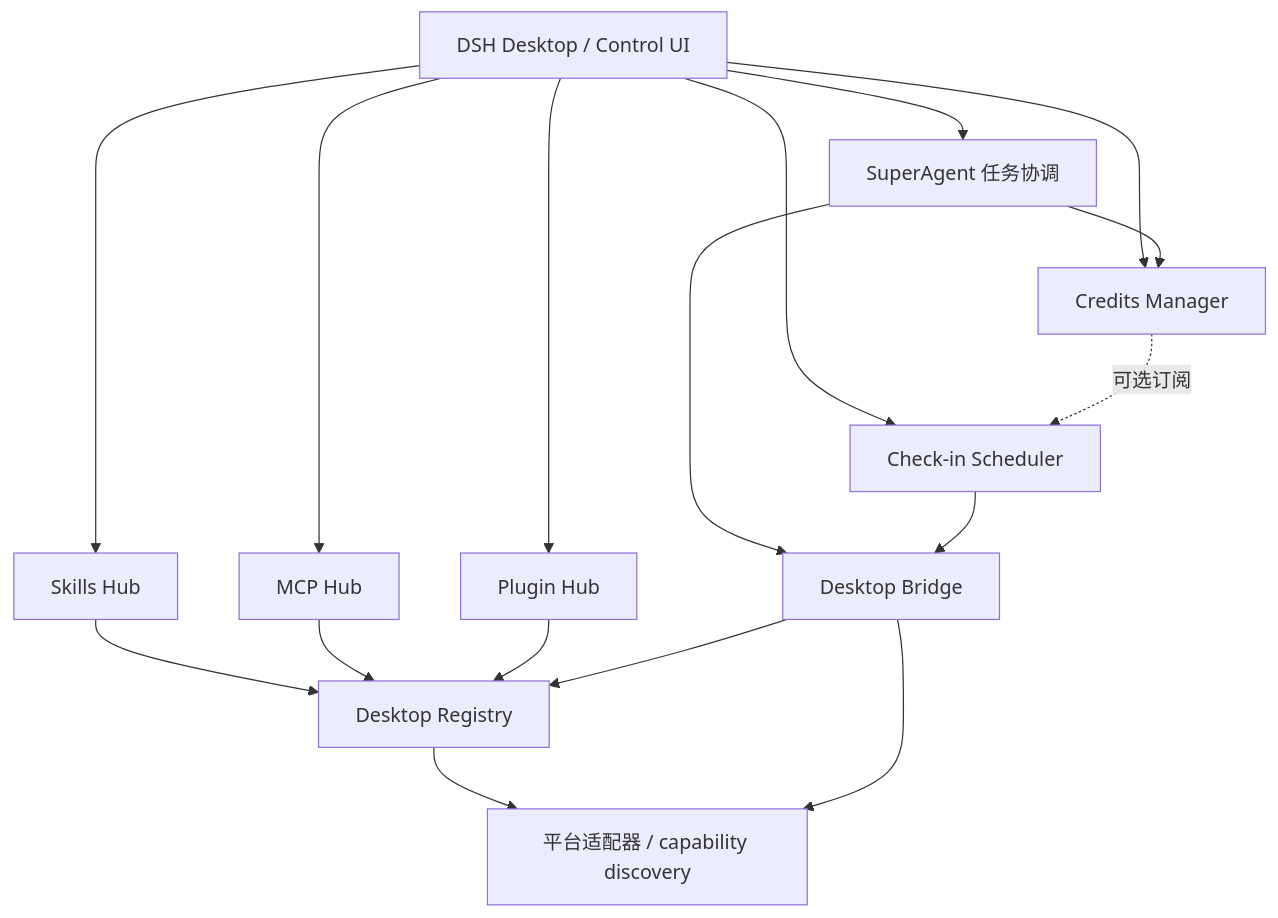
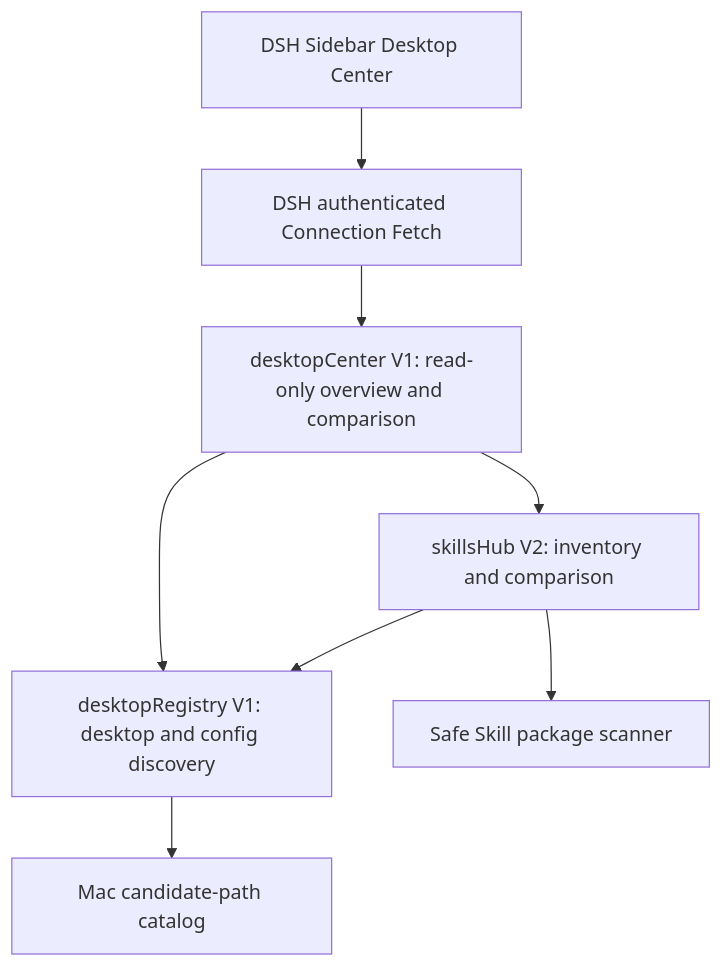
The diagram in docs/ARCHITECTURE.md (LemonTeaViTA/dsh-desktop-center), drawn with Mermaid before and after one commit. The commit also changed other lines of this file and 38 other files, not shown here.

Commit message:
refactor: rename product and plugin to DSH Desktop Center

````diff
--- a/docs/ARCHITECTURE.md
+++ b/docs/ARCHITECTURE.md
@@ -21,19 +13,10 @@
 ```mermaid
 flowchart TD
-  U[DSH Desktop / Control UI] --> A[SuperAgent 任务协调]
-  U --> H[Skills Hub]
-  U --> M[MCP Hub]
-  U --> P[Plugin Hub]
-  U --> C[Credits Manager]
-  U --> K[Check-in Scheduler]
-  A --> B[Desktop Bridge]
-  A --> C
-  K --> B
-  H --> R[Desktop Registry]
-  M --> R
-  P --> R
-  B --> R
-  C -.可选订阅.-> K
-  R --> X[平台适配器 / capability discovery]
-  B --> X
+  U[DSH Sidebar Desktop Center] --> F[DSH authenticated Connection Fetch]
+  F --> C[desktopCenter V1: read-only overview and comparison]
+  C --> R[desktopRegistry V1: desktop and config discovery]
+  C --> S[skillsHub V2: inventory and comparison]
+  S --> R
+  R --> A[Mac candidate-path catalog]
+  S --> B[Safe Skill package scanner]
 ```
````
